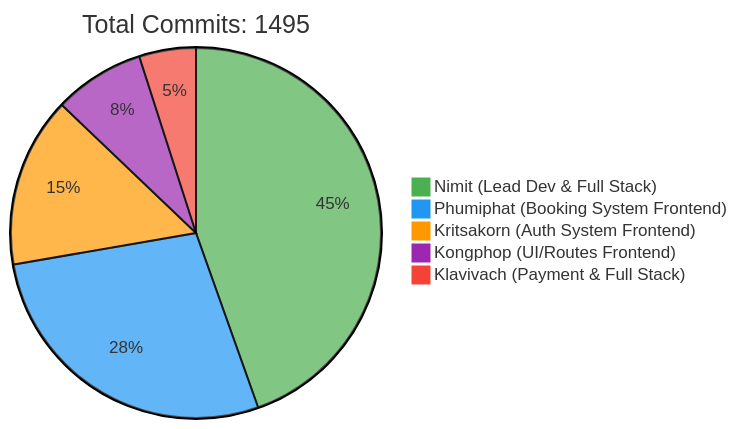
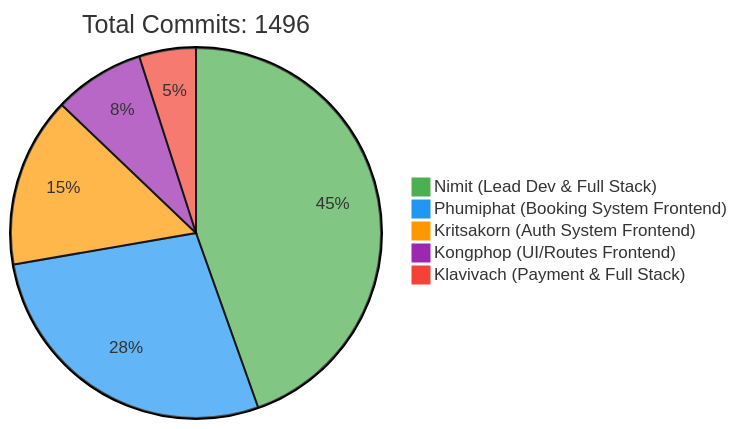
Before and after one commit to 6531503042/Sport-Complex: the first of 2 diagrams in README.md, drawn with Mermaid. The commit also changed other lines of this file, not shown here.

Commit message:
docs: Update contributor statistics [skip ci]

````diff
--- a/README.md
+++ b/README.md
@@ -257,10 +257,10 @@
 ```mermaid
 %%{init: {'theme': 'base', 'themeVariables': { 'pie1': '#4CAF50', 'pie2': '#2196F3', 'pie3': '#FF9800', 'pie4': '#9C27B0', 'pie5': '#F44336'}}}%%
 pie
-    title Total Commits: 1495
+    title Total Commits: 1496
     "Nimit (Lead Dev & Full Stack)" : 450
     "Phumiphat (Booking System Frontend)" : 280
     "Kritsakorn (Auth System Frontend)" : 150
     "Kongphop (UI/Routes Frontend)" : 80
     "Klavivach (Payment & Full Stack)" : 50
 ```
````
